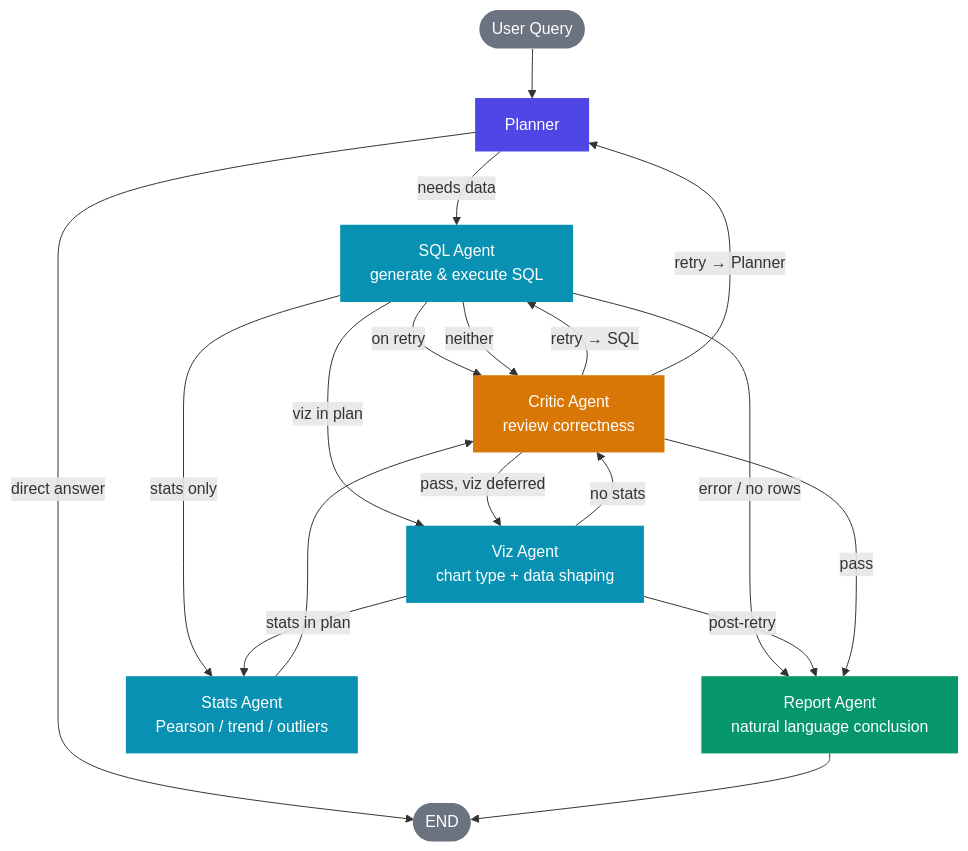
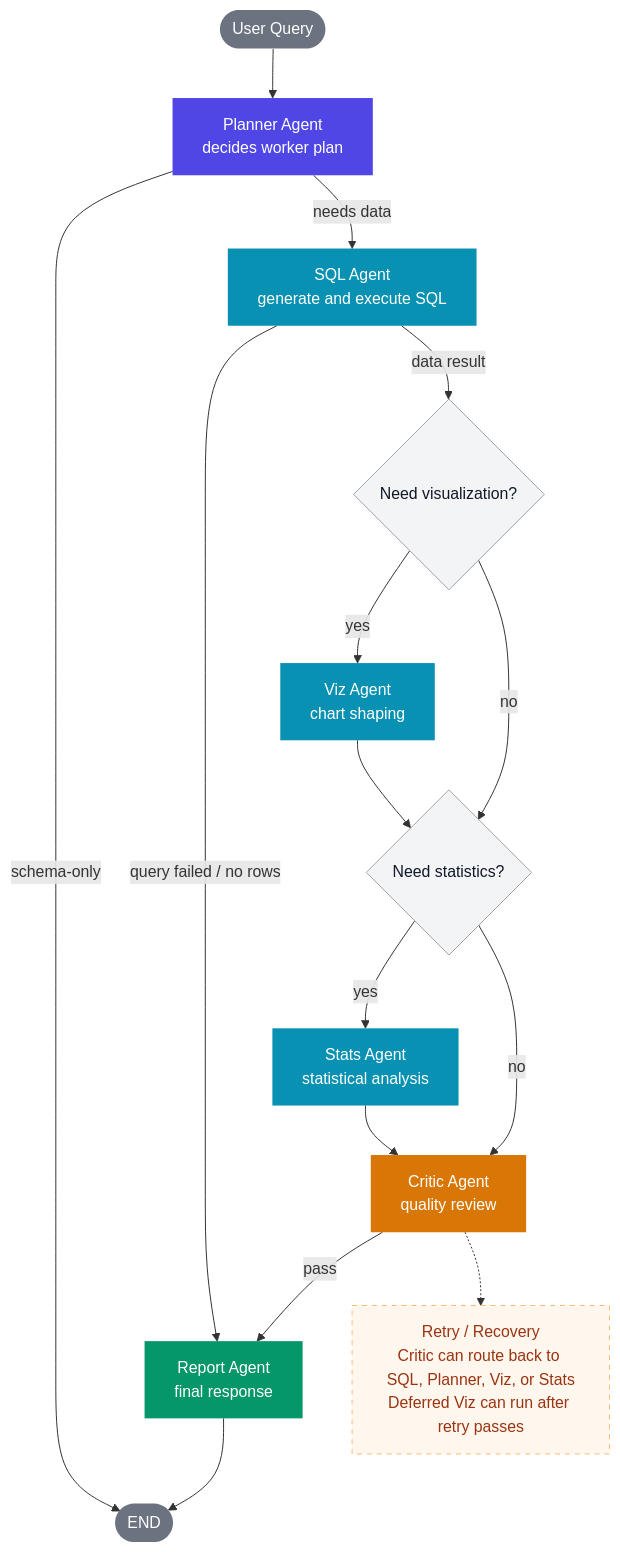
The diagram in README.md (yuting-ai/c2d), drawn with Mermaid before and after one commit.

Commit message:
Enhance flowchart with new agents and decision logic
Updated flowchart to include additional agents and decision points for improved clarity.

````diff
--- a/README.md
+++ b/README.md
@@ -25,40 +25,48 @@
 ```mermaid
 flowchart TD
     Start([User Query]) --> Planner
 
-    Planner -->|direct answer| End([END])
+    Planner["Planner Agent<br/>decides worker plan"]
+    SQL["SQL Agent<br/>generate and execute SQL"]
+    Viz["Viz Agent<br/>chart shaping"]
+    Stats["Stats Agent<br/>statistical analysis"]
+    Critic["Critic Agent<br/>quality review"]
+    Report["Report Agent<br/>final response"]
+    Retry["Retry / Recovery<br/>Critic can route back to SQL, Planner, Viz, or Stats<br/>Deferred Viz can run after retry passes"]
+    End([END])
+
+    Planner -->|schema-only| End
     Planner -->|needs data| SQL
 
-    SQL["SQL Agent\ngenerate & execute SQL"]
-    SQL -->|error / no rows| Report
-    SQL -->|on retry| Critic
-    SQL -->|viz in plan| Viz
-    SQL -->|stats only| Stats
-    SQL -->|neither| Critic
+    SQL -->|query failed / no rows| Report
+    SQL -->|data result| Decision{Need visualization?}
 
-    Viz["Viz Agent\nchart type + data shaping"]
-    Viz -->|stats in plan| Stats
-    Viz -->|no stats| Critic
-    Viz -->|post-retry| Report
+    Decision -->|yes| Viz
+    Decision -->|no| StatDecision{Need statistics?}
 
-    Stats["Stats Agent\nPearson / trend / outliers"]
+    Viz --> StatDecision
+    StatDecision -->|yes| Stats
+    StatDecision -->|no| Critic
+
     Stats --> Critic
-
-    Critic["Critic Agent\nreview correctness"]
-    Critic -->|retry → SQL| SQL
-    Critic -->|retry → Planner| Planner
-    Critic -->|pass, viz deferred| Viz
     Critic -->|pass| Report
-
-    Report["Report Agent\nnatural language conclusion"]
     Report --> End
 
-    style Planner fill:#4f46e5,color:#fff,stroke:none
-    style SQL fill:#0891b2,color:#fff,stroke:none
-    style Viz fill:#0891b2,color:#fff,stroke:none
-    style Stats fill:#0891b2,color:#fff,stroke:none
-    style Critic fill:#d97706,color:#fff,stroke:none
-    style Report fill:#059669,color:#fff,stroke:none
-    style Start fill:#6b7280,color:#fff,stroke:none
-    style End fill:#6b7280,color:#fff,stroke:none
+    Critic -.-> Retry
+
+    classDef startEnd fill:#6b7280,color:#fff,stroke:none;
+    classDef planner fill:#4f46e5,color:#fff,stroke:none;
+    classDef worker fill:#0891b2,color:#fff,stroke:none;
+    classDef critic fill:#d97706,color:#fff,stroke:none;
+    classDef report fill:#059669,color:#fff,stroke:none;
+    classDef decision fill:#f3f4f6,color:#111827,stroke:#9ca3af;
+    classDef retry fill:#fff7ed,color:#9a3412,stroke:#fdba74,stroke-dasharray: 5 5;
+
+    class Start,End startEnd;
+    class Planner planner;
+    class SQL,Viz,Stats worker;
+    class Critic critic;
+    class Report report;
+    class Decision,StatDecision decision;
+    class Retry retry;
 ```
````
